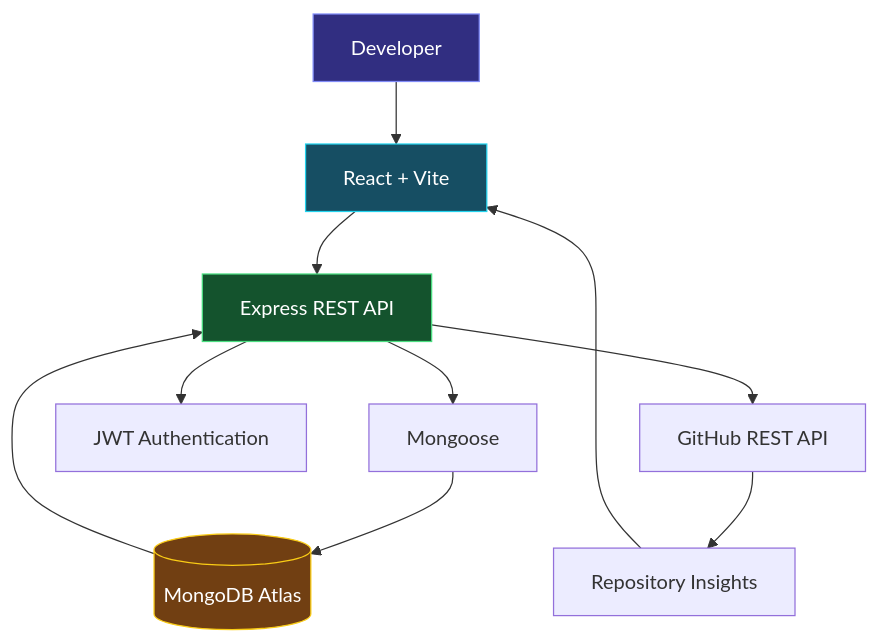
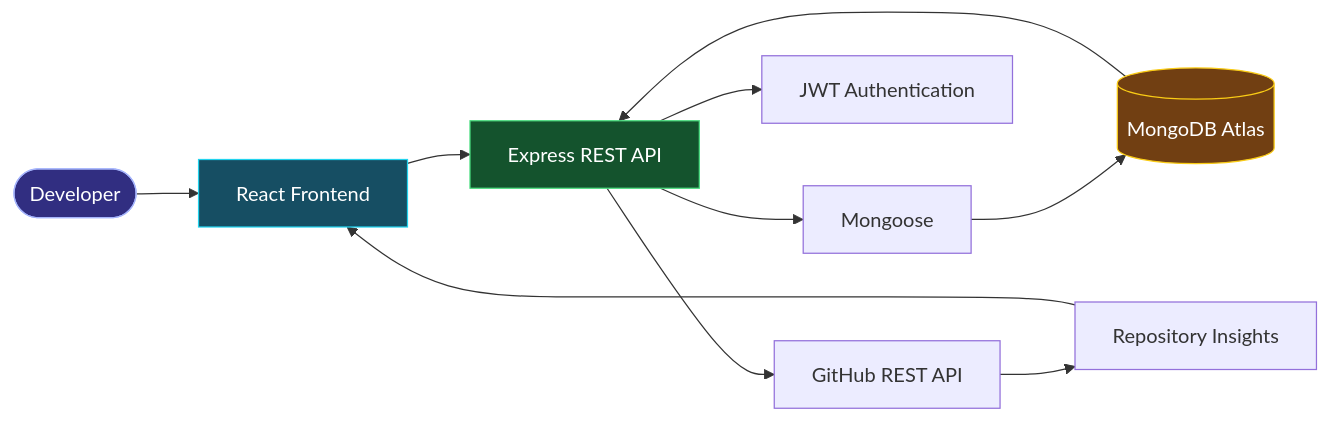
The diagram in README.md (Priyanka170974/Priyanka170974), drawn with Mermaid before and after one commit. The commit also changed other lines of this file, not shown here.

````diff
--- a/README.md
+++ b/README.md
@@ -112,17 +173,17 @@
 ```mermaid
-flowchart TD
-    A[Developer] --> B[React + Vite]
-    B --> C[Express REST API]
-    C --> D[GitHub REST API]
-    C --> E[JWT Authentication]
-    C --> F[Mongoose]
-    F --> G[(MongoDB Atlas)]
-    D --> H[Repository Insights]
-    G --> C
-    H --> B
+flowchart LR
+    U([Developer]) --> UI[React Frontend]
+    UI --> API[Express REST API]
+    API --> GH[GitHub REST API]
+    API --> AUTH[JWT Authentication]
+    API --> DB[Mongoose]
+    DB --> M[(MongoDB Atlas)]
+    GH --> DATA[Repository Insights]
+    M --> API
+    DATA --> UI
 
-    style A fill:#312e81,color:#ffffff,stroke:#818cf8
-    style B fill:#164e63,color:#ffffff,stroke:#22d3ee
-    style C fill:#14532d,color:#ffffff,stroke:#4ade80
-    style G fill:#713f12,color:#ffffff,stroke:#facc15
+    style U fill:#312e81,color:#fff,stroke:#a5b4fc
+    style UI fill:#164e63,color:#fff,stroke:#22d3ee
+    style API fill:#14532d,color:#fff,stroke:#4ade80
+    style M fill:#713f12,color:#fff,stroke:#facc15
 ```
````
